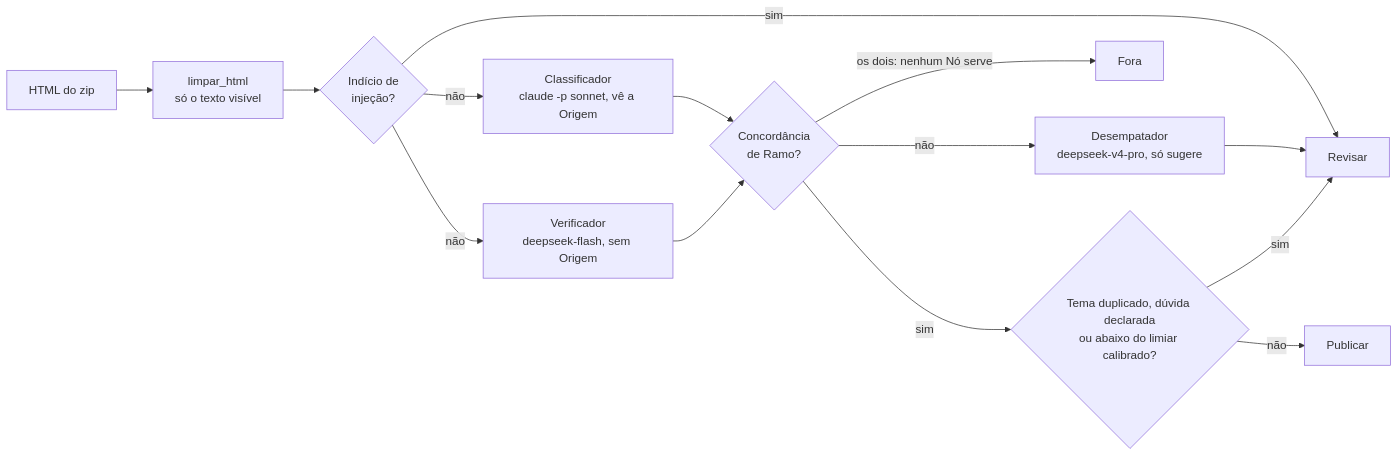
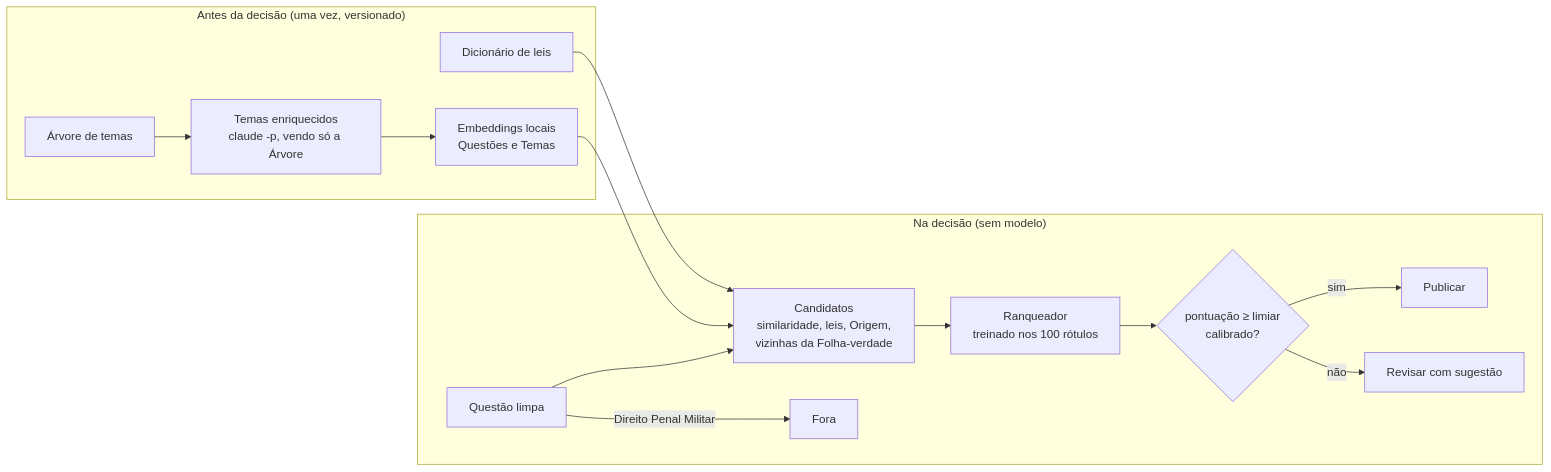
Before and after one commit to edcastanha/case-vicio-ia-poc: the diagram in README.md, drawn with Mermaid. The commit also changed other lines of this file and 3 other files, not shown here.

````diff
--- a/README.md
+++ b/README.md
@@ -14,14 +12,18 @@
 ```mermaid
 flowchart LR
-    H["HTML do zip"] --> L["limpar_html<br>só o texto visível"]
-    L --> I{"Indício de<br>injeção?"}
-    I -- "sim" --> R["Revisar"]
-    I -- "não" --> C["Classificador<br>claude -p sonnet, vê a Origem"]
-    I -- "não" --> V["Verificador<br>deepseek-flash, sem Origem"]
-    C & V --> K{"Concordância<br>de Ramo?"}
-    K -- "não" --> J["Desempatador<br>deepseek-v4-pro, só sugere"] --> R
-    K -- "os dois: nenhum Nó serve" --> F["Fora"]
-    K -- "sim" --> D{"Tema duplicado, dúvida declarada<br>ou abaixo do limiar calibrado?"}
-    D -- "sim" --> R
-    D -- "não" --> P["Publicar"]
+    subgraph antes["Antes da decisão (uma vez, versionado)"]
+        A["Árvore de temas"] --> E["Temas enriquecidos<br>claude -p, vendo só a Árvore"]
+        E --> V["Embeddings locais<br>Questões e Temas"]
+        L["Dicionário de leis"]
+    end
+    subgraph decisao["Na decisão (sem modelo)"]
+        Q["Questão limpa"] --> C["Candidatos<br>similaridade, leis, Origem,<br>vizinhas da Folha-verdade"]
+        C --> R["Ranqueador<br>treinado nos 100 rótulos"]
+        R --> D{"pontuação ≥ limiar<br>calibrado?"}
+        D -- "sim" --> P["Publicar"]
+        D -- "não" --> RV["Revisar com sugestão"]
+        Q -- "Direito Penal Militar" --> F["Fora"]
+    end
+    V --> C
+    L --> C
 ```
````
